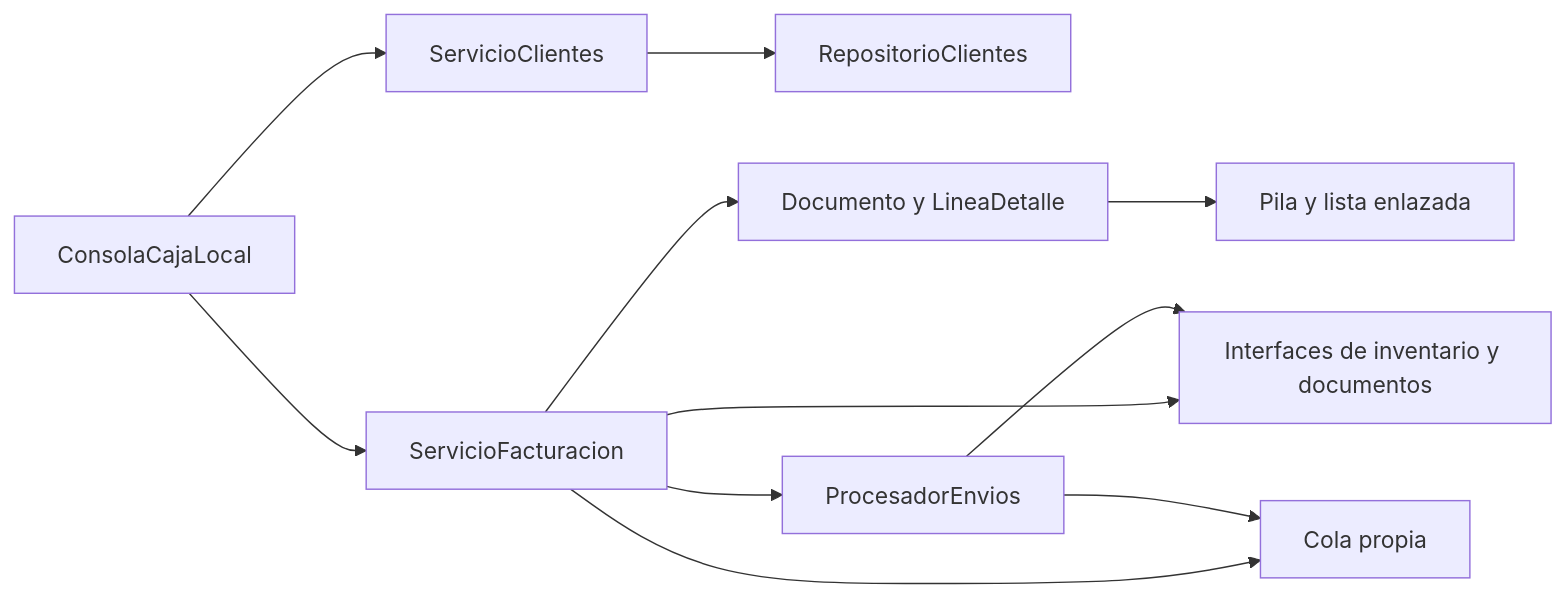
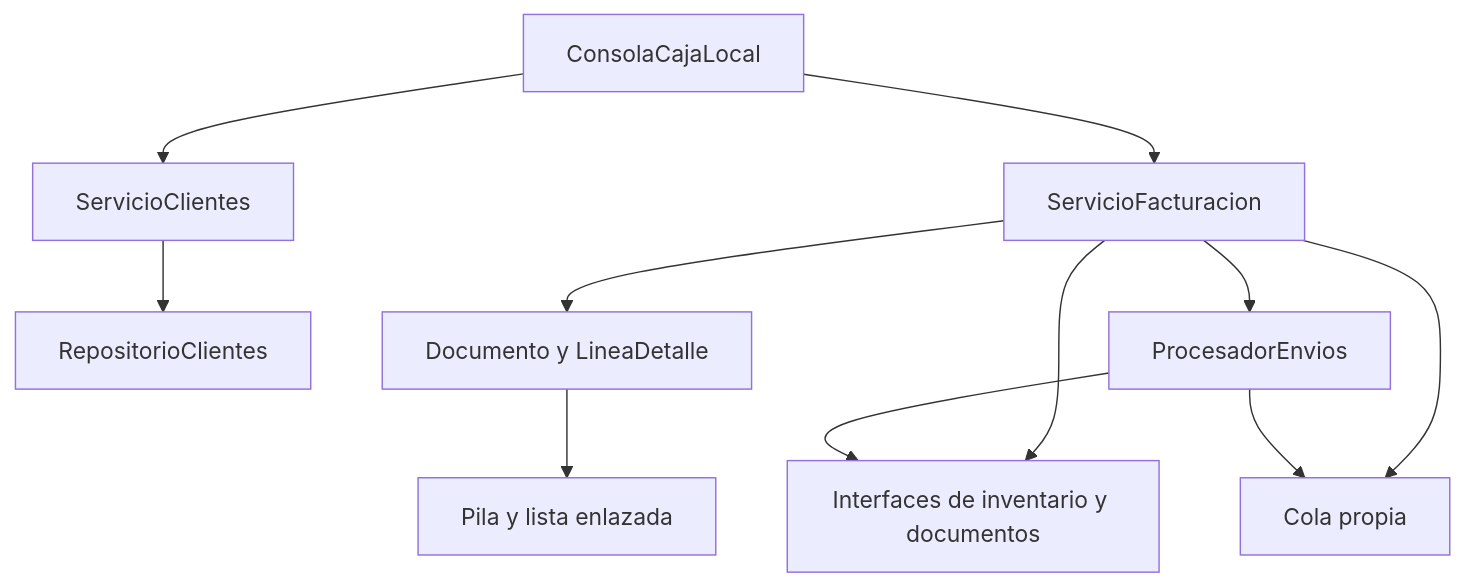
One commit to itzJuank/Proyecto_Progra3 changed the diagram in README.md. Above: the diagram before and after it, drawn with Mermaid. The commit also changed other lines of this file, not shown here.

````diff
--- a/README.md
+++ b/README.md
@@ -68,13 +34,13 @@
 ```mermaid
-flowchart LR
+flowchart
     Caja[ConsolaCajaLocal] --> Clientes[ServicioClientes]
     Caja --> Facturacion[ServicioFacturacion]
     Clientes --> RepoClientes[RepositorioClientes]
     Facturacion --> Repositorios[Interfaces de inventario y documentos]
     Facturacion --> Documento[Documento y LineaDetalle]
     Documento --> Estructuras[Pila y lista enlazada]
     Facturacion --> Cola[Cola propia]
     Facturacion --> Envios[ProcesadorEnvios]
     Envios --> Cola
     Envios --> Repositorios
 ```
````
